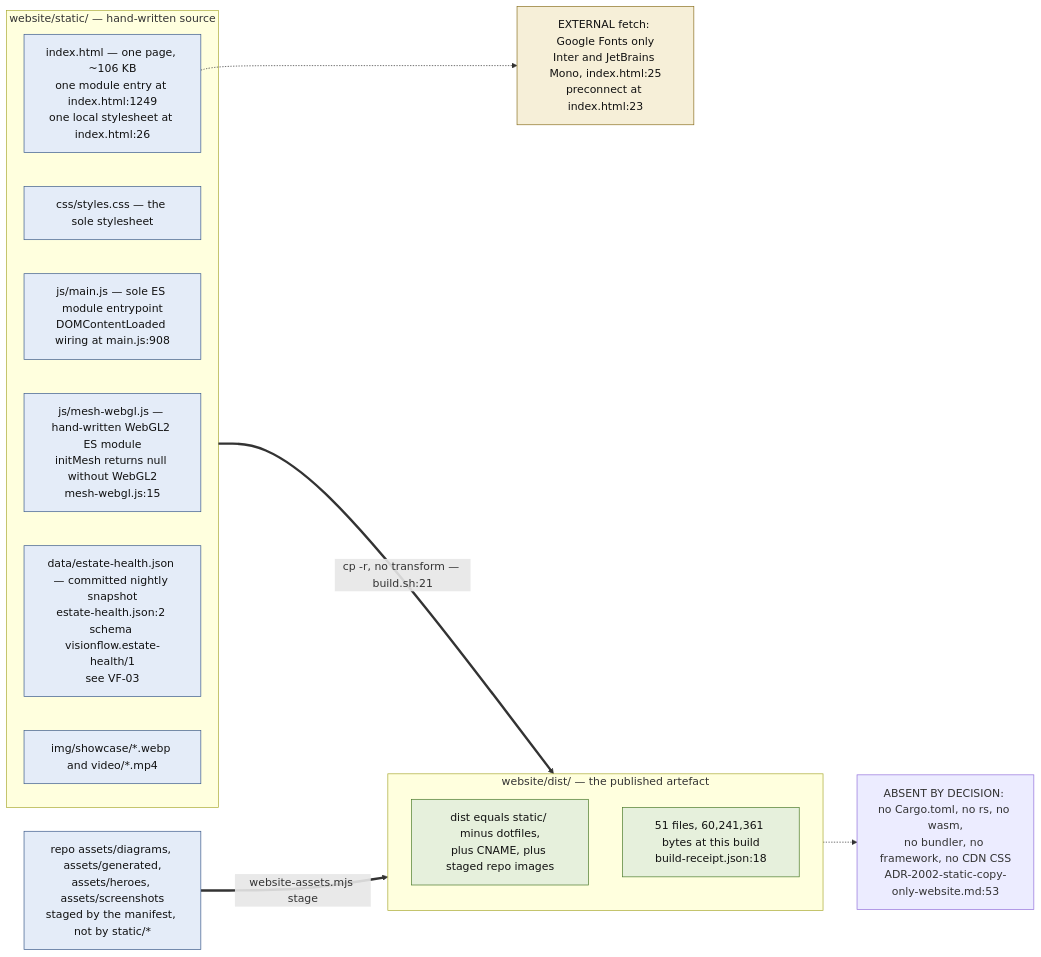
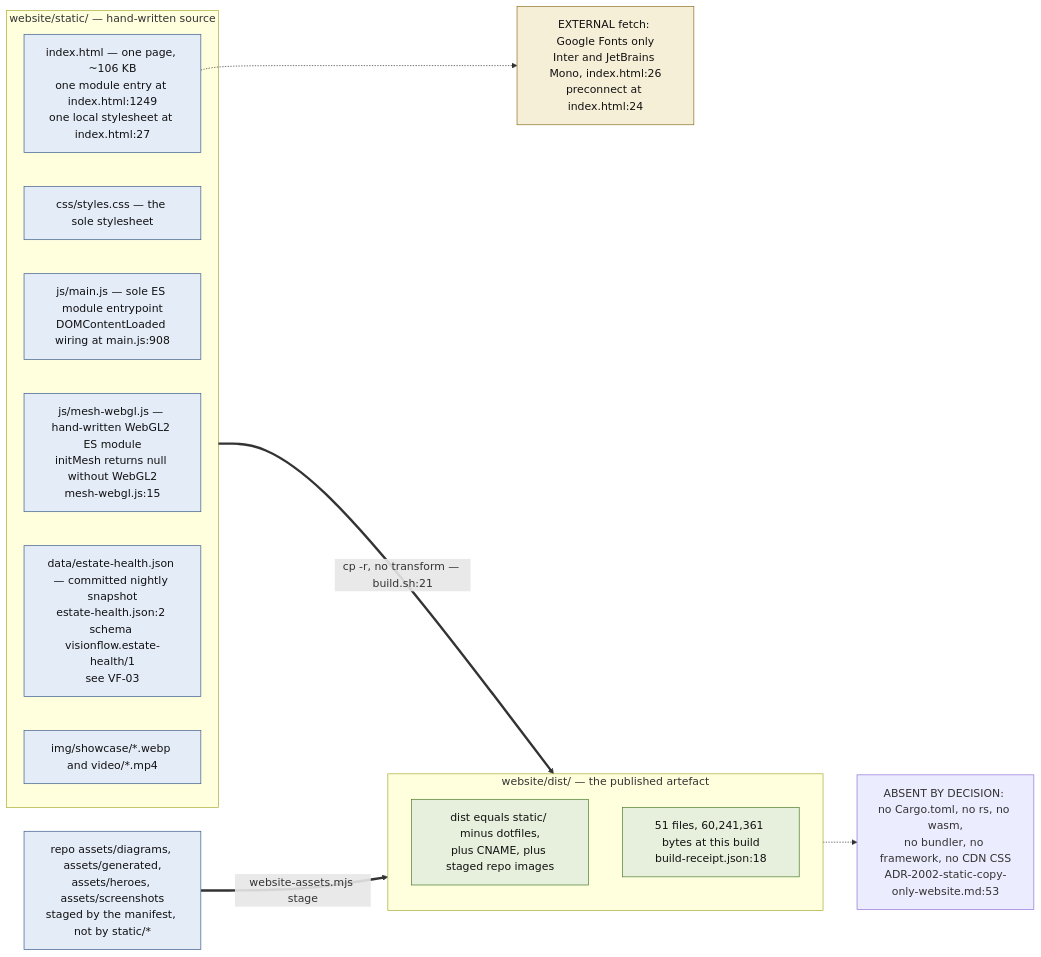
Before and after one commit to DreamLab-AI/VisionFlow: the second of 12 diagrams in docs/diagrams/visionflow/02-website-build-and-deploy.md, drawn with Mermaid. The commit also changed other lines of this file and 21 other files, not shown here.

Commit message:
docs(diagrams): refresh first verified estate batch

````diff
--- a/docs/diagrams/visionflow/02-website-build-and-deploy.md
+++ b/docs/diagrams/visionflow/02-website-build-and-deploy.md
@@ -69,30 +69,30 @@
 ```mermaid
 flowchart LR
     classDef src fill:#e4ecf8,stroke:#3a5a8a,color:#111
     classDef out fill:#e6f0dc,stroke:#4a7a2a,color:#111
     classDef ext fill:#f6efd8,stroke:#8a7020,color:#111
 
     subgraph STATIC["website/static/ — hand-written source"]
-        IDX["index.html — one page, ~106 KB<br/>one module entry at index.html:1249<br/>one local stylesheet at index.html:26"]:::src
+        IDX["index.html — one page, ~106 KB<br/>one module entry at index.html:1249<br/>one local stylesheet at index.html:27"]:::src
         CSS["css/styles.css — the sole stylesheet"]:::src
         MAIN["js/main.js — sole ES module entrypoint<br/>DOMContentLoaded wiring at main.js:908"]:::src
         MESH["js/mesh-webgl.js — hand-written WebGL2 ES module<br/>initMesh returns null without WebGL2<br/>mesh-webgl.js:15"]:::src
         DATA["data/estate-health.json — committed nightly snapshot<br/>estate-health.json:2 schema visionflow.estate-health/1<br/>see VF-03"]:::src
         MEDIA["img/showcase/*.webp and video/*.mp4"]:::src
     end
 
     subgraph DIST["website/dist/ — the published artefact"]
         D1["dist equals static/ minus dotfiles,<br/>plus CNAME, plus staged repo images"]:::out
         D2["51 files, 60,241,361 bytes at this build<br/>build-receipt.json:18"]:::out
     end
 
     STATIC ==>|"cp -r, no transform — build.sh:21"| DIST
     ASSETS["repo assets/diagrams, assets/generated,<br/>assets/heroes, assets/screenshots<br/>staged by the manifest, not by static/*"]:::src
     ASSETS ==>|"website-assets.mjs stage"| DIST
 
-    FONTS["EXTERNAL fetch: Google Fonts only<br/>Inter and JetBrains Mono, index.html:25<br/>preconnect at index.html:23"]:::ext
+    FONTS["EXTERNAL fetch: Google Fonts only<br/>Inter and JetBrains Mono, index.html:26<br/>preconnect at index.html:24"]:::ext
     IDX -.-> FONTS
 
     NEG["ABSENT BY DECISION: no Cargo.toml, no rs, no wasm,<br/>no bundler, no framework, no CDN CSS<br/>ADR-2002-static-copy-only-website.md:53"]
     DIST -.-> NEG
 ```
````
